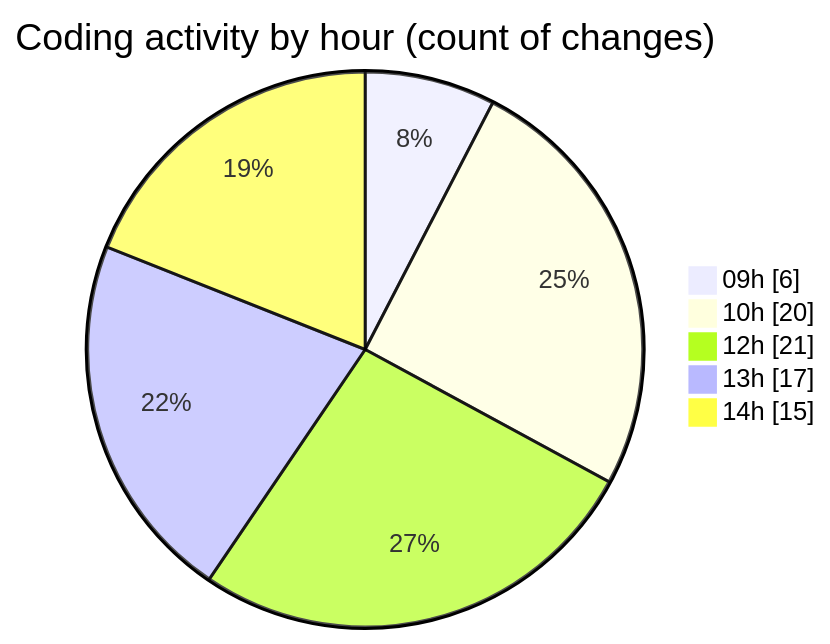
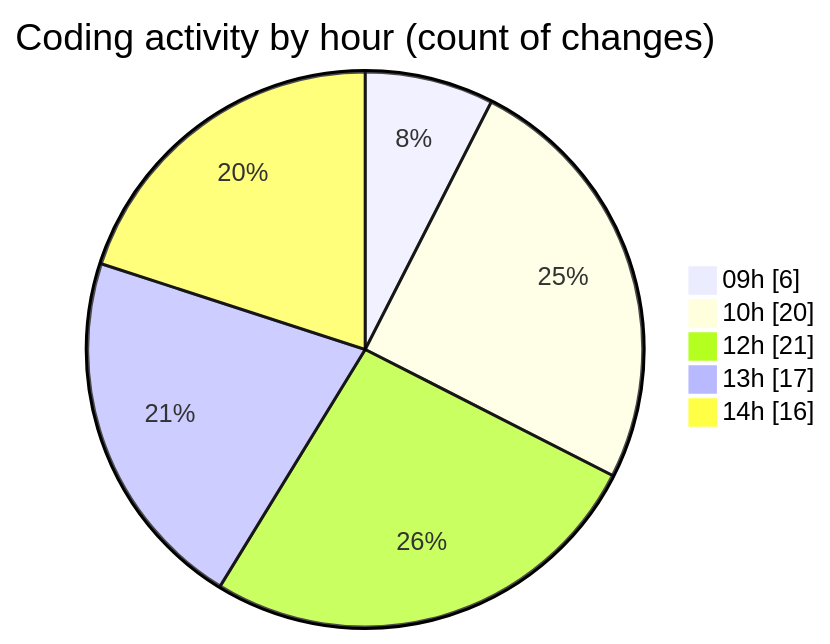
Before and after one commit to becaeroporto-bot/code-tracking: the second of 2 diagrams in 2026-02-18/bot_v1_2/README.md, drawn with Mermaid. The commit also changed other lines of this file and 1 other file, not shown here.

````diff
--- a/2026-02-18/bot_v1_2/README.md
+++ b/2026-02-18/bot_v1_2/README.md
@@ -55,9 +55,9 @@
 ```mermaid
 pie showData
 title Coding activity by hour (count of changes)
 "09h" : 6
 "10h" : 20
 "12h" : 21
 "13h" : 17
-"14h" : 15
+"14h" : 16
 ```
````
